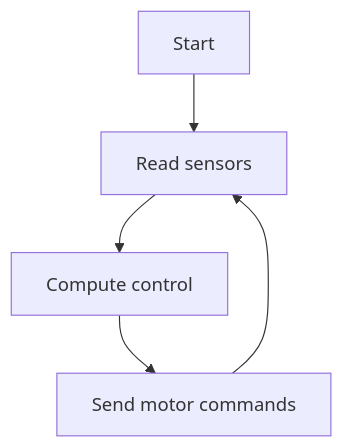
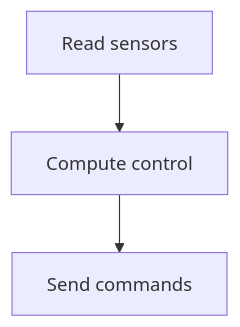
One commit to robobe/new_blog changed the diagram in .skills/post-content/SKILL.md. Above: the diagram before and after it, drawn with Mermaid. The commit also changed other lines of this file and 33 other files, not shown here.

````diff
--- a/.skills/post-content/SKILL.md
+++ b/.skills/post-content/SKILL.md
@@ -150,7 +93,5 @@
 ```mermaid
 flowchart TD
-    A[Start] --> B[Read sensors]
-    B --> C[Compute control]
-    C --> D[Send motor commands]
-    D --> B
+    A[Read sensors] --> B[Compute control]
+    B --> C[Send commands]
 ```
````
